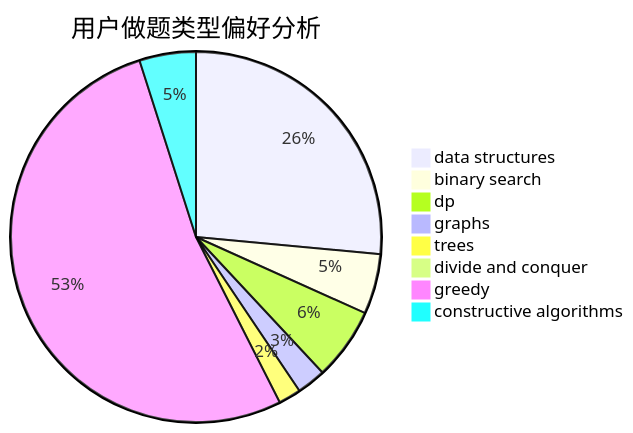
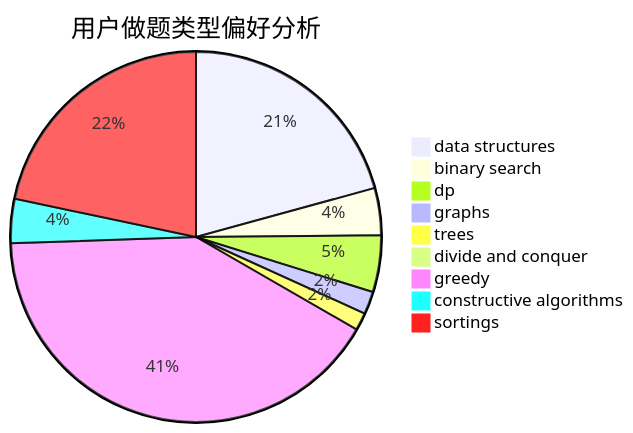
The second of 3 diagrams in docs/user/u1661.md (sherpahu/cfrs.github.io), drawn with Mermaid before and after one commit. The commit also changed other lines of this file and 2769 other files, not shown here.

````diff
--- a/docs/user/u1661.md
+++ b/docs/user/u1661.md
@@ -23,11 +18,12 @@
 ```mermaid
 pie title 用户做题类型偏好分析
     "data structures" :  419
     "binary search" :  83
     "dp" :  100
     "graphs" :  40
     "trees" :  31
     "divide and conquer" :  0
     "greedy" :  831
     "constructive algorithms" :  78
+    "sortings" :  438
 ```
````
